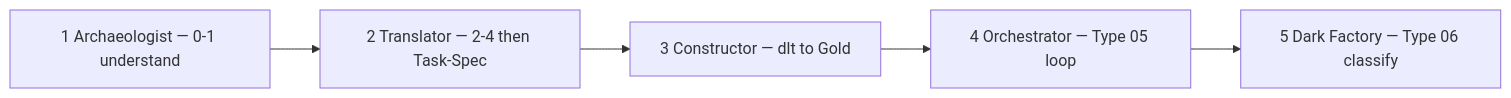
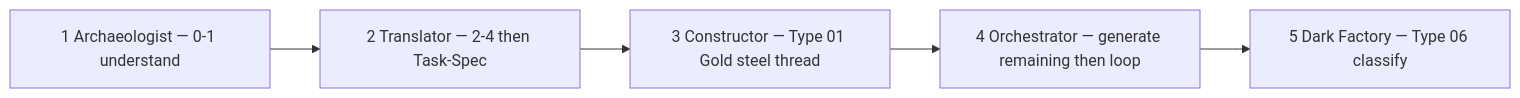
One commit to PedroZotelli/uc-northwind-pay-edp changed the second of 2 diagrams in README.md. Above: the diagram before and after it, drawn with Mermaid. The commit also changed other lines of this file and 36 other files, not shown here.

First line of the commit message:
Ship live Night 3 Constructor: Type 01 Gold clock, deck, and Make surface

````diff
--- a/README.md
+++ b/README.md
@@ -104,9 +104,9 @@
 ```mermaid
 flowchart LR
   D1["1 Archaeologist — 0-1 understand"]
   D2["2 Translator — 2-4 then Task-Spec"]
-  D3["3 Constructor — dlt to Gold"]
-  D4["4 Orchestrator — Type 05 loop"]
+  D3["3 Constructor — Type 01 Gold steel thread"]
+  D4["4 Orchestrator — generate remaining then loop"]
   D5["5 Dark Factory — Type 06 classify"]
   D1 --> D2 --> D3 --> D4 --> D5
 ```
````
